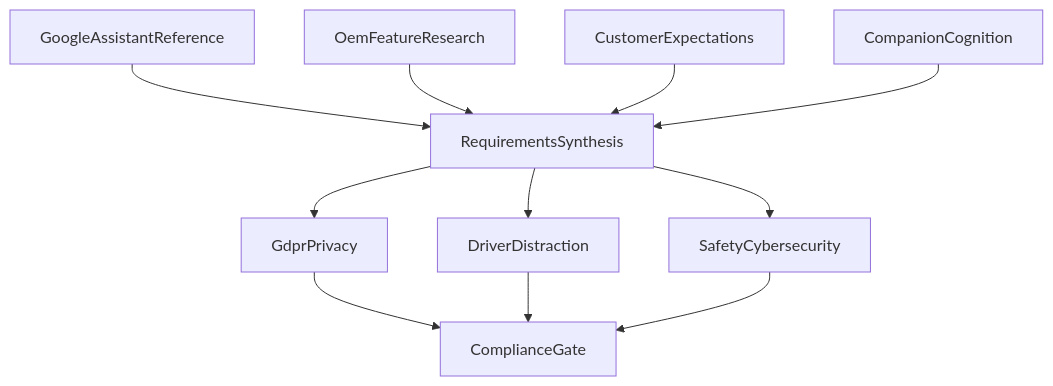
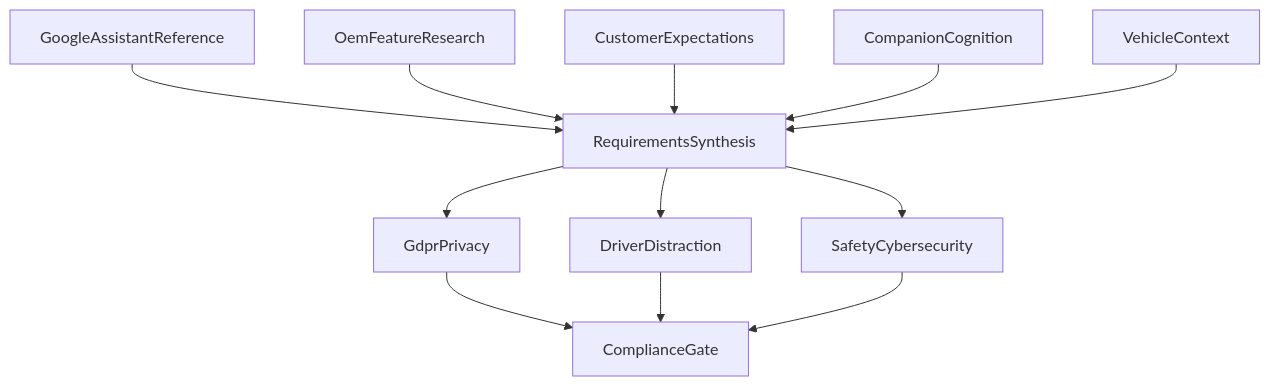
Before and after one commit to decoupled-dev/iris-req-agent: the diagram in docs/03-agents.md, drawn with Mermaid. The commit also changed other lines of this file and 50 other files, not shown here.

First line of the commit message:
Add vehicle context with GIVEN/WHEN/THEN behaviour and a Bedrock AgentCore runner

````diff
--- a/docs/03-agents.md
+++ b/docs/03-agents.md
@@ -24,22 +24,24 @@
 ```mermaid
 flowchart TB
   google[GoogleAssistantReference]
   oem[OemFeatureResearch]
   voc[CustomerExpectations]
   cog[CompanionCognition]
+  veh[VehicleContext]
   synth[RequirementsSynthesis]
   gdpr[GdprPrivacy]
   dist[DriverDistraction]
   safe[SafetyCybersecurity]
   gate[ComplianceGate]
   google --> synth
   oem --> synth
   voc --> synth
   cog --> synth
+  veh --> synth
   synth --> gdpr
   synth --> dist
   synth --> safe
   gdpr --> gate
   dist --> gate
   safe --> gate
 ```
````
